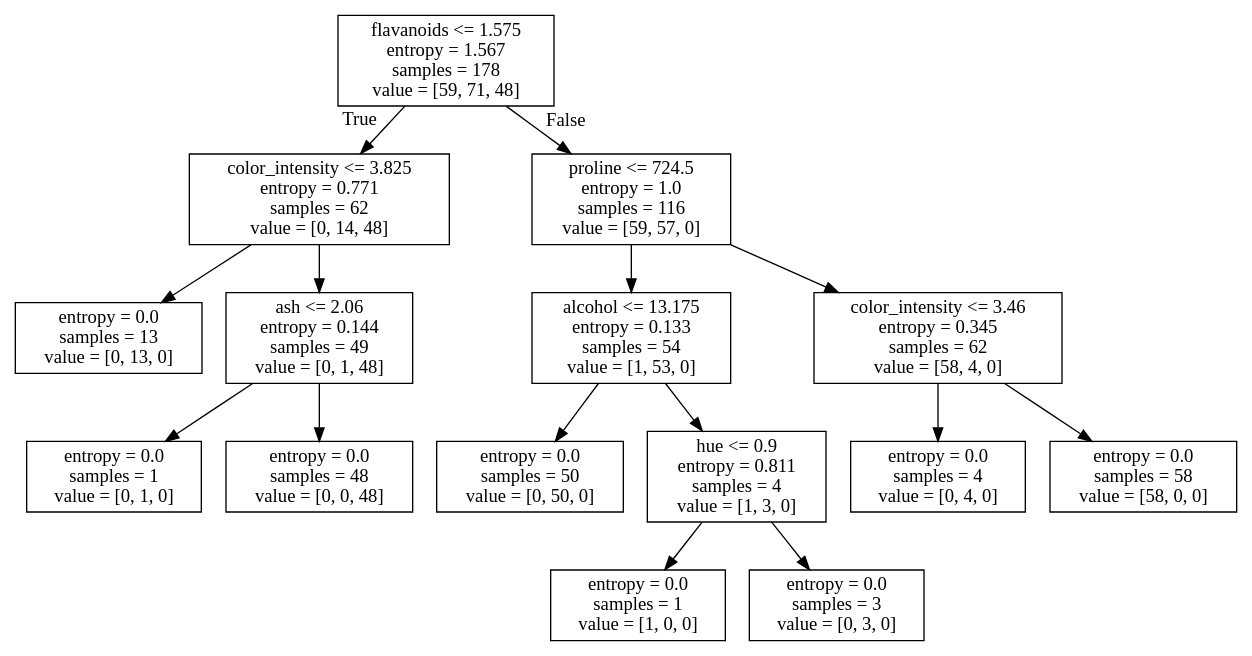
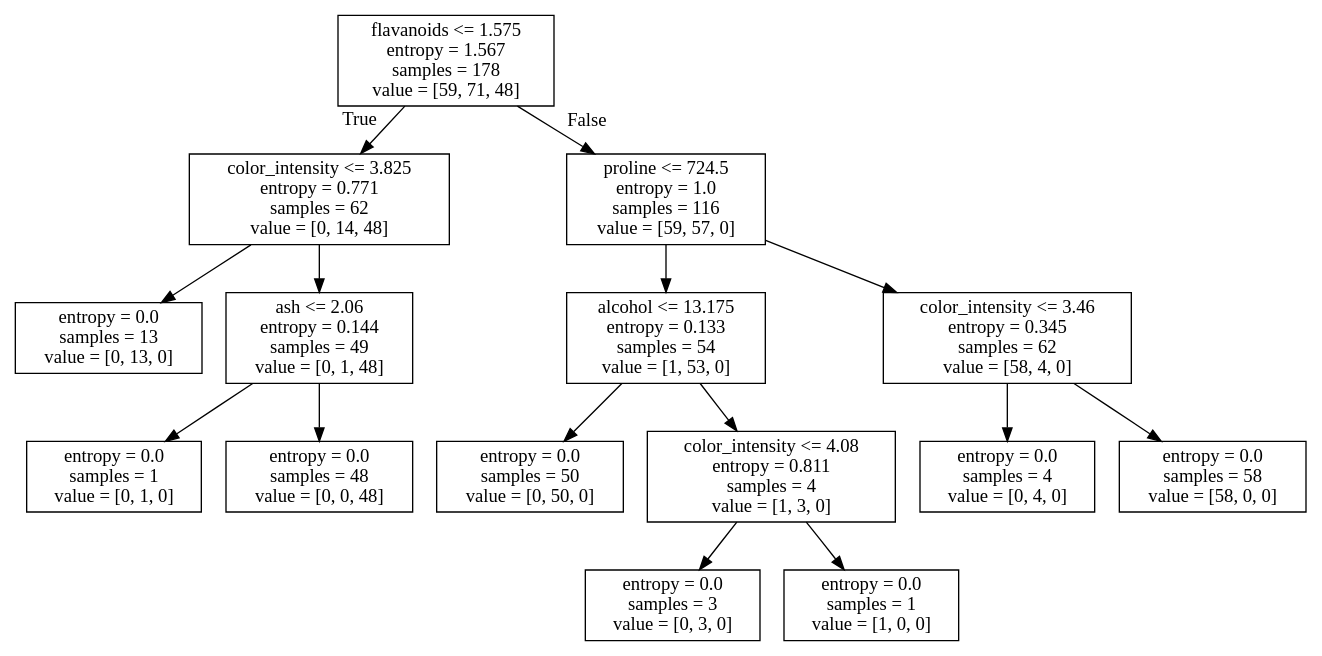
One commit to gomljo/DecisionTreeForPaper changed the diagram in result/scikit-learn dot/wine result.dot. Above: the diagram before and after it, drawn with Graphviz. The commit also changed 8 other files, not shown here.

```diff
--- a/result/scikit-learn dot/wine result.dot
+++ b/result/scikit-learn dot/wine result.dot
@@ -1,32 +1,32 @@
 digraph Tree {
 node [shape=box] ;
 0 [label="flavanoids <= 1.575\nentropy = 1.567\nsamples = 178\nvalue = [59, 71, 48]"] ;
 1 [label="color_intensity <= 3.825\nentropy = 0.771\nsamples = 62\nvalue = [0, 14, 48]"] ;
 0 -> 1 [labeldistance=2.5, labelangle=45, headlabel="True"] ;
 2 [label="entropy = 0.0\nsamples = 13\nvalue = [0, 13, 0]"] ;
 1 -> 2 ;
 3 [label="ash <= 2.06\nentropy = 0.144\nsamples = 49\nvalue = [0, 1, 48]"] ;
 1 -> 3 ;
 4 [label="entropy = 0.0\nsamples = 1\nvalue = [0, 1, 0]"] ;
 3 -> 4 ;
 5 [label="entropy = 0.0\nsamples = 48\nvalue = [0, 0, 48]"] ;
 3 -> 5 ;
 6 [label="proline <= 724.5\nentropy = 1.0\nsamples = 116\nvalue = [59, 57, 0]"] ;
 0 -> 6 [labeldistance=2.5, labelangle=-45, headlabel="False"] ;
 7 [label="alcohol <= 13.175\nentropy = 0.133\nsamples = 54\nvalue = [1, 53, 0]"] ;
 6 -> 7 ;
 8 [label="entropy = 0.0\nsamples = 50\nvalue = [0, 50, 0]"] ;
 7 -> 8 ;
-9 [label="hue <= 0.9\nentropy = 0.811\nsamples = 4\nvalue = [1, 3, 0]"] ;
+9 [label="color_intensity <= 4.08\nentropy = 0.811\nsamples = 4\nvalue = [1, 3, 0]"] ;
 7 -> 9 ;
-10 [label="entropy = 0.0\nsamples = 1\nvalue = [1, 0, 0]"] ;
+10 [label="entropy = 0.0\nsamples = 3\nvalue = [0, 3, 0]"] ;
 9 -> 10 ;
-11 [label="entropy = 0.0\nsamples = 3\nvalue = [0, 3, 0]"] ;
+11 [label="entropy = 0.0\nsamples = 1\nvalue = [1, 0, 0]"] ;
 9 -> 11 ;
 12 [label="color_intensity <= 3.46\nentropy = 0.345\nsamples = 62\nvalue = [58, 4, 0]"] ;
 6 -> 12 ;
 13 [label="entropy = 0.0\nsamples = 4\nvalue = [0, 4, 0]"] ;
 12 -> 13 ;
 14 [label="entropy = 0.0\nsamples = 58\nvalue = [58, 0, 0]"] ;
 12 -> 14 ;
 }
```
